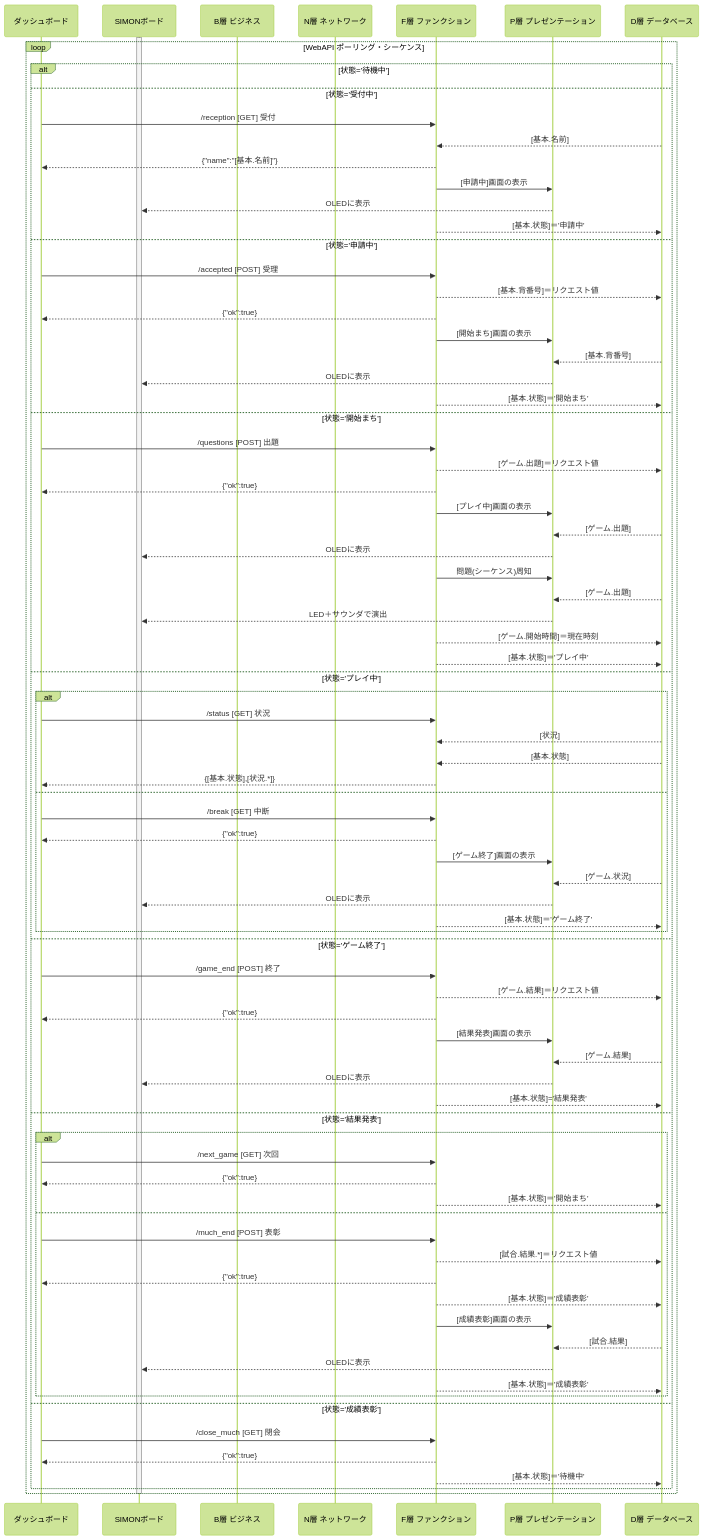
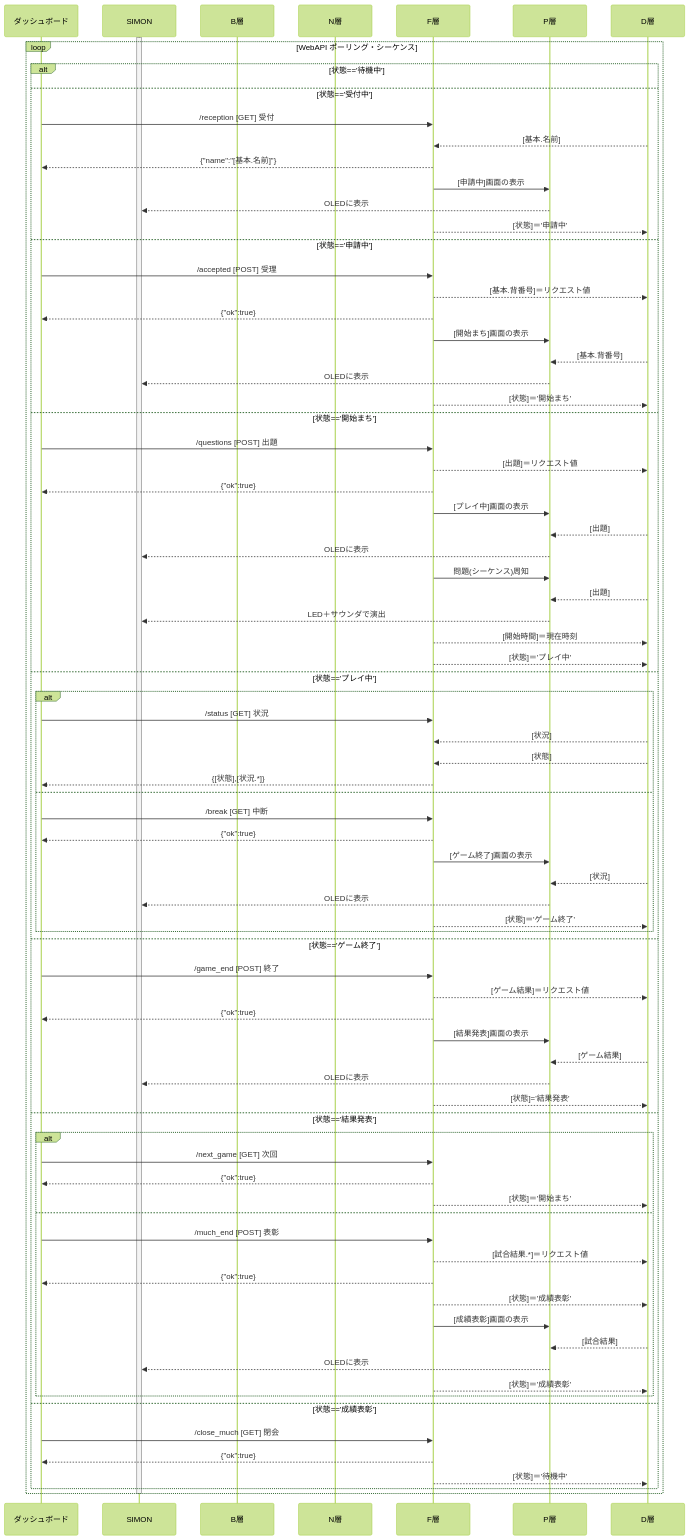
The second of 3 diagrams in ゲーム/99_SIMON/README.MD (kureha001/MMP), drawn with Mermaid (forest theme) before and after one commit. The commit also changed other lines of this file and 1 other file, not shown here.

````diff
--- a/ゲーム/99_SIMON/README.MD
+++ b/ゲーム/99_SIMON/README.MD
@@ -251,92 +406,92 @@
 ```mermaid
 sequenceDiagram
   participant U as ダッシュボード
-  participant S as SIMONボード
-  participant B as B層 ビジネス
-  participant N as N層 ネットワーク
-  participant F as F層 ファンクション
-  participant P as P層 プレゼンテーション
-  participant D as D層 データベース
+  participant S as SIMON
+  participant B as B層
+  participant N as N層
+  participant F as F層
+  participant P as P層
+  participant D as D層
 
   activate S
 
     loop WebAPI ポーリング・シーケンス
-        alt 状態='待機中'
+        alt 状態=='待機中'
 
-        else 状態='受付中'
+        else 状態=='受付中'
             U->>F: /reception [GET] 受付
                 D-->>F: [基本.名前]
             F-->>U: {"name":"[基本.名前]"}
             F->>P: [申請中]画面の表示
                 P-->>S: OLEDに表示
-            F-->>D: [基本.状態]＝'申請中'
+            F-->>D: [状態]＝'申請中'
 
-        else 状態='申請中'
+        else 状態=='申請中'
             U->>F: /accepted [POST] 受理
                 F-->>D: [基本.背番号]＝リクエスト値
             F-->>U: {"ok":true}
             F->>P: [開始まち]画面の表示
                 D-->>P: [基本.背番号]
                 P-->>S: OLEDに表示
-            F-->>D: [基本.状態]＝'開始まち'
+            F-->>D: [状態]＝'開始まち'
 
-        else 状態='開始まち'
+        else 状態=='開始まち'
             U->>F: /questions  [POST] 出題
-                F-->>D: [ゲーム.出題]＝リクエスト値
+                F-->>D: [出題]＝リクエスト値
             F-->>U: {"ok":true}
             F->>P: [プレイ中]画面の表示
-                D-->>P: [ゲーム.出題]
+                D-->>P: [出題]
                 P-->>S: OLEDに表示
             F->>P: 問題(シーケンス)周知
-                D-->>P: [ゲーム.出題]
+                D-->>P: [出題]
                 P-->>S: LED＋サウンダで演出
-            F-->>D: [ゲーム.開始時間]＝現在時刻
-            F-->>D: [基本.状態]＝'プレイ中'
+            F-->>D: [開始時間]＝現在時刻
+            F-->>D: [状態]＝'プレイ中'
 
-        else 状態='プレイ中'
+        else 状態=='プレイ中'
             alt
                 U->>F: /status [GET] 状況
                     D-->>F: [状況]
-                    D-->>F: [基本.状態]
-                F-->>U: {[基本.状態],[状況.*]}
+                    D-->>F: [状態]
+                F-->>U: {[状態],[状況.*]}
             else
                 U->>F: /break [GET] 中断
                 F-->>U: {"ok":true}
                 F->>P: [ゲーム終了]画面の表示
-                    D-->>P: [ゲーム.状況]
+                    D-->>P: [状況]
                     P-->>S: OLEDに表示
-                F-->>D: [基本.状態]＝'ゲーム終了'
+                F-->>D: [状態]＝'ゲーム終了'
             end
 
-        else 状態='ゲーム終了'
+        else 状態=='ゲーム終了'
             U->>F: /game_end [POST] 終了
-                F-->>D: [ゲーム.結果]＝リクエスト値
+                F-->>D: [ゲーム結果]＝リクエスト値
             F-->>U: {"ok":true}
             F->>P: [結果発表]画面の表示
-                D-->>P: [ゲーム.結果]
+                D-->>P: [ゲーム結果]
                 P-->>S: OLEDに表示
-            F-->>D: [基本.状態]='結果発表'
+            F-->>D: [状態]='結果発表'
 
-        else 状態='結果発表'
+        else 状態=='結果発表'
             alt
                 U->>F: /next_game [GET] 次回
                 F-->>U: {"ok":true}
-                F-->>D: [基本.状態]＝'開始まち'
+                F-->>D: [状態]＝'開始まち'
             else
                 U->>F: /much_end [POST] 表彰
-                    F-->>D: [試合.結果.*]＝リクエスト値
+                    F-->>D: [試合結果.*]＝リクエスト値
                 F-->>U: {"ok":true}
-                F-->>D: [基本.状態]＝'成績表彰'
+                F-->>D: [状態]＝'成績表彰'
                 F->>P: [成績表彰]画面の表示
-                    D-->>P: [試合.結果]
+                    D-->>P: [試合結果]
                     P-->>S: OLEDに表示
-                F-->>D: [基本.状態]＝'成績表彰'
+                F-->>D: [状態]＝'成績表彰'
             end
 
-        else 状態='成績表彰'
+        else 状態=='成績表彰'
             U->>F: /close_much [GET] 閉会
             F-->>U: {"ok":true}
-            F-->>D: [基本.状態]＝'待機中'
+            F-->>D: [状態]＝'待機中'
         end
     end
 
````
